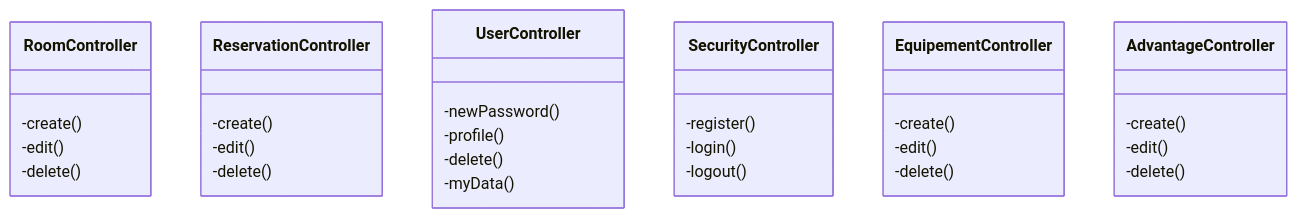
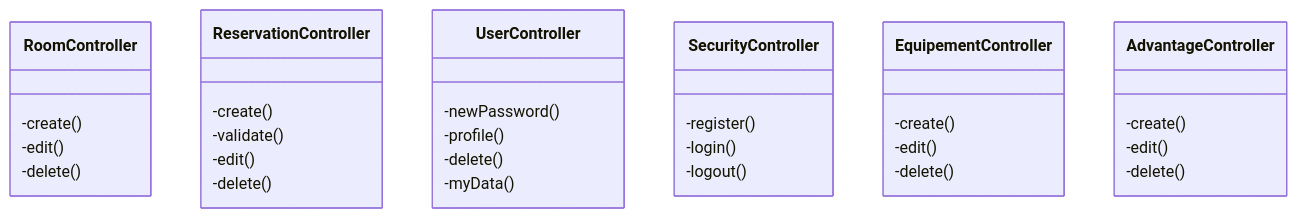
One commit to Conchero/ecf-back changed the second of 3 diagrams in prodDocs/ClassDiagram.md. Above: the diagram before and after it, drawn with Mermaid. The commit also changed other lines of this file, not shown here.

Commit message:
use case digrams and class diagrams (service start)

````diff
--- a/prodDocs/ClassDiagram.md
+++ b/prodDocs/ClassDiagram.md
@@ -69,42 +70,43 @@
 ```mermaid
 
 classDiagram
 
 class RoomController{
     -create()
     -edit()
     -delete()
 }
 
 class ReservationController{
     -create()
+    -validate()
     -edit()
     -delete()
 }
 
 class UserController{
     -newPassword()
     -profile()
     -delete()
     -myData()
 }
 
 class SecurityController{
     -register()
     -login()
     -logout()
 }
 
 class EquipementController{
     -create()
     -edit()
     -delete()
 }
 
 class AdvantageController{
     -create()
     -edit()
     -delete()
 }
 
 ```
````
